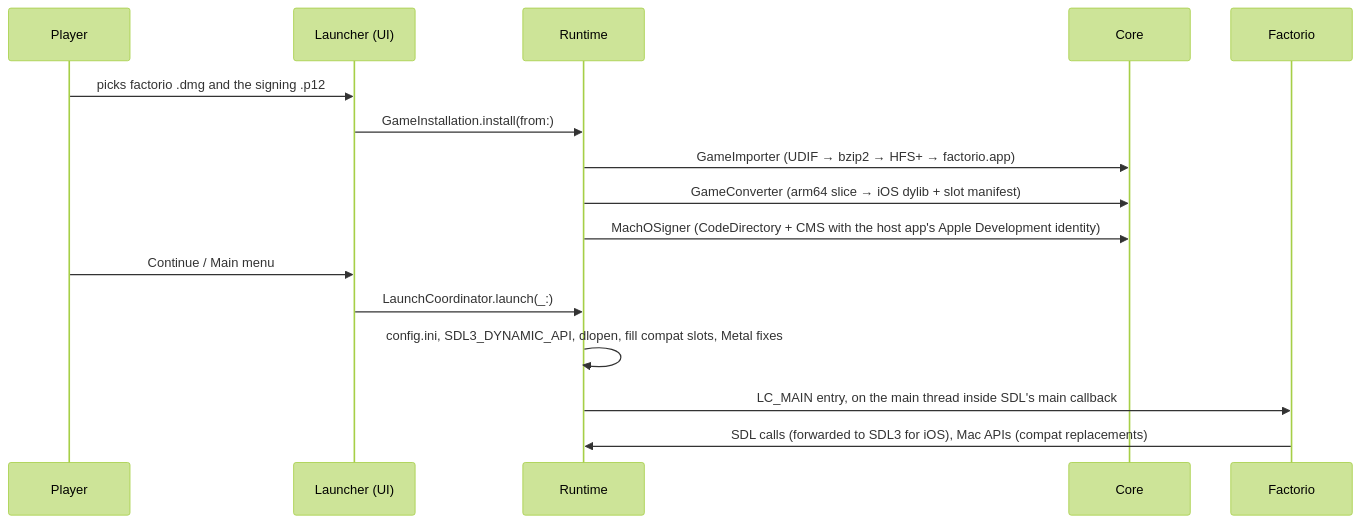
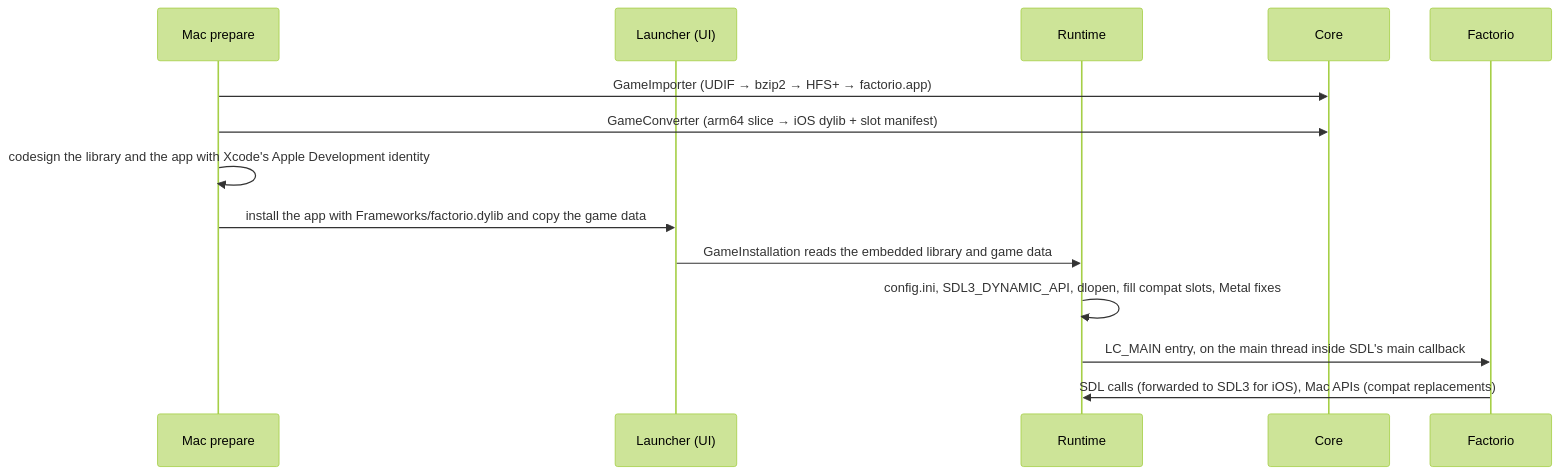
The second of 2 diagrams in docs/architecture.md (klesersurovyj-a11y/factorios), drawn with Mermaid (forest theme) before and after one commit. The commit also changed other lines of this file and 23 other files, not shown here.

````diff
--- a/docs/architecture.md
+++ b/docs/architecture.md
@@ -19,18 +19,16 @@
 ```mermaid
 sequenceDiagram
-    participant P as Player
+    participant M as Mac prepare
     participant L as Launcher (UI)
     participant R as Runtime
     participant C as Core
     participant G as Factorio
-    P->>L: picks factorio .dmg and the signing .p12
-    L->>R: GameInstallation.install(from:)
-    R->>C: GameImporter (UDIF → bzip2 → HFS+ → factorio.app)
-    R->>C: GameConverter (arm64 slice → iOS dylib + slot manifest)
-    R->>C: MachOSigner (CodeDirectory + CMS with the host app's Apple Development identity)
-    P->>L: Continue / Main menu
-    L->>R: LaunchCoordinator.launch(_:)
+    M->>C: GameImporter (UDIF → bzip2 → HFS+ → factorio.app)
+    M->>C: GameConverter (arm64 slice → iOS dylib + slot manifest)
+    M->>M: codesign the library and the app with Xcode's Apple Development identity
+    M->>L: install the app with Frameworks/factorio.dylib and copy the game data
+    L->>R: GameInstallation reads the embedded library and game data
     R->>R: config.ini, SDL3_DYNAMIC_API, dlopen, fill compat slots, Metal fixes
     R->>G: LC_MAIN entry, on the main thread inside SDL's main callback
     G->>R: SDL calls (forwarded to SDL3 for iOS), Mac APIs (compat replacements)
 ```
````
